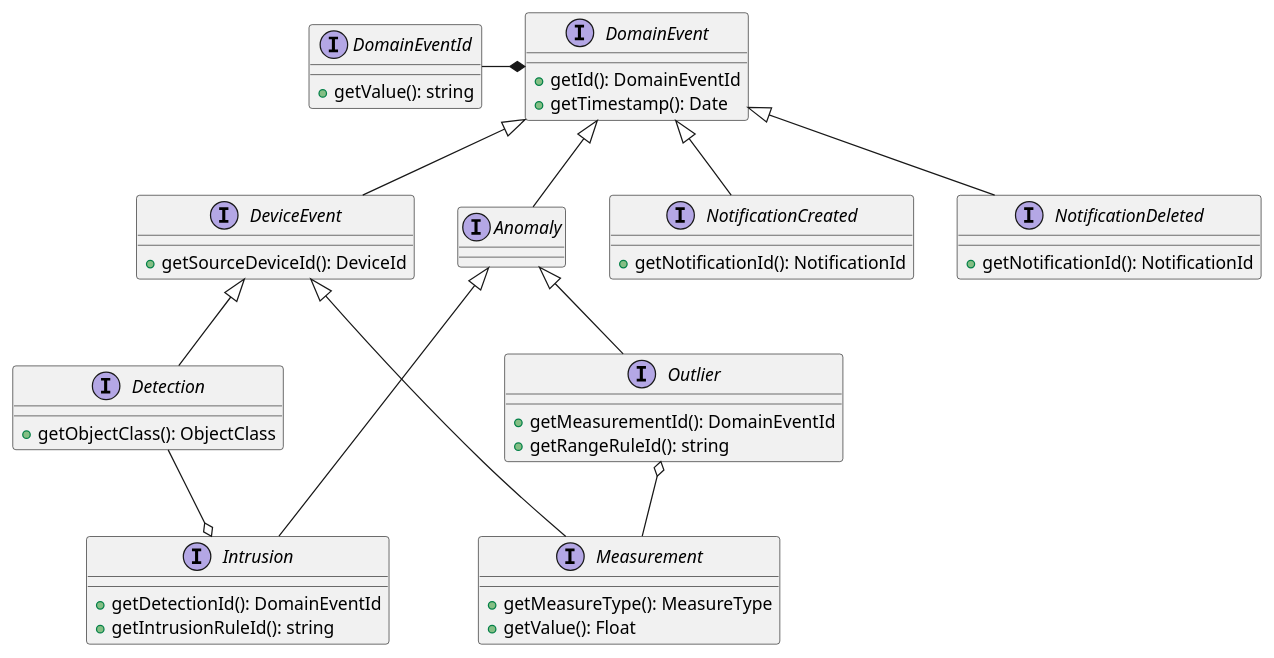
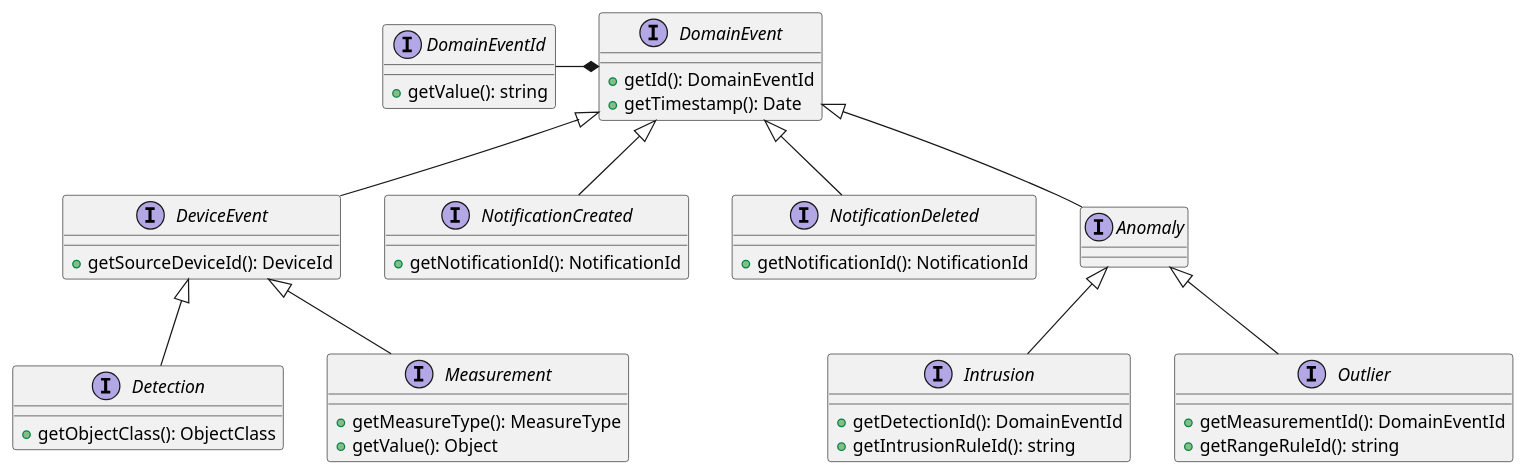
Before and after one commit to revue-org/revue: the diagram in docs/uml/domain/DomainEvents.puml, drawn with PlantUML.

Commit message:
docs: chore to domain events uml

```diff
--- a/docs/uml/domain/DomainEvents.puml
+++ b/docs/uml/domain/DomainEvents.puml
@@ -1,60 +1,57 @@
 @startuml
 
 interface DomainEventId {
   + getValue(): string
 }
 
 interface DomainEvent {
   + getId(): DomainEventId
   + getTimestamp(): Date
 }
 
 interface DeviceEvent {
   + getSourceDeviceId(): DeviceId
 }
 
 interface Detection {
   + getObjectClass(): ObjectClass
 }
 interface Measurement {
   + getMeasureType(): MeasureType
-  + getValue(): Float
+  + getValue(): Object
 }
 
 interface NotificationCreated {
   + getNotificationId(): NotificationId
 }
 
 interface NotificationDeleted {
   + getNotificationId(): NotificationId
 }
 
 interface Anomaly
 interface Intrusion {
   + getDetectionId(): DomainEventId
   + getIntrusionRuleId(): string
 }
 
 interface Outlier {
   + getMeasurementId(): DomainEventId
   + getRangeRuleId(): string
 }
 
 DomainEvent *-left- DomainEventId
 
 DomainEvent <|-- DeviceEvent
 DomainEvent <|-- NotificationCreated
 DomainEvent <|-- NotificationDeleted
 
 DeviceEvent <|-- Measurement
 DeviceEvent <|-- Detection
 
 DomainEvent <|-- Anomaly
 Anomaly <|-- Intrusion
 Anomaly <|-- Outlier
 
 
-Outlier o-- Measurement
-Intrusion o-up- Detection
-
 @enduml
```
